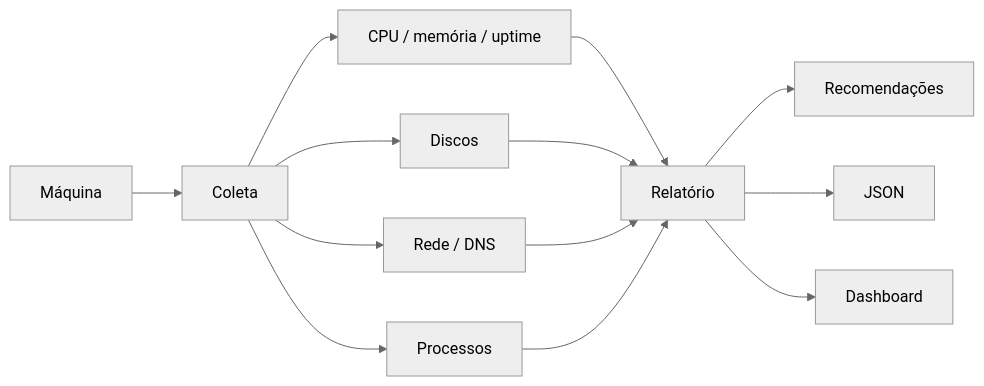
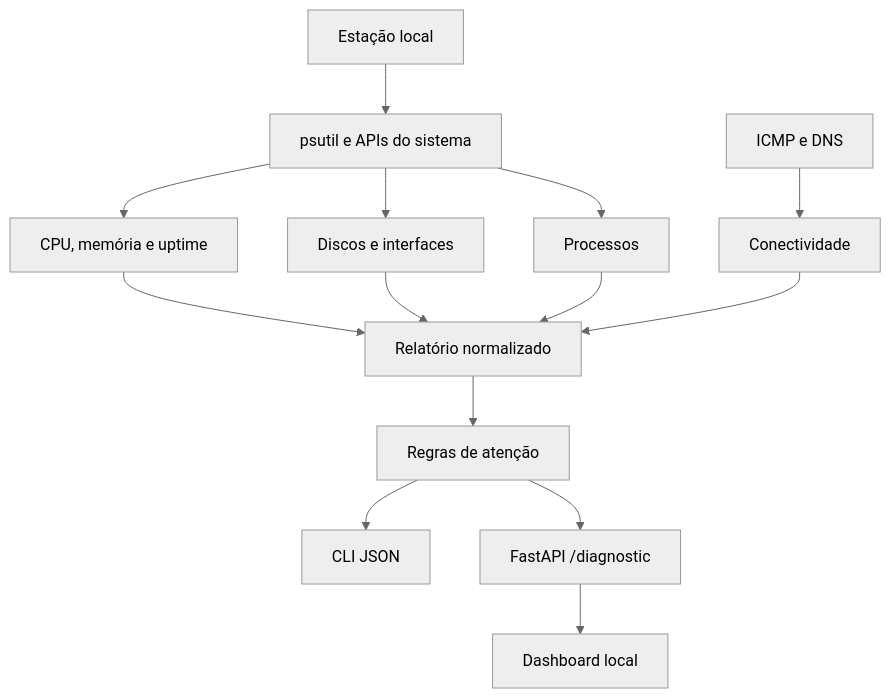
Before and after one commit to Clebin0/it-support-toolkit: the diagram in docs/ARCHITECTURE.md, drawn with Mermaid (neutral theme). The commit also changed other lines of this file, not shown here.

Commit message:
feat: expand read-only support diagnostics

````diff
--- a/docs/ARCHITECTURE.md
+++ b/docs/ARCHITECTURE.md
@@ -5,15 +5,16 @@
 ```mermaid
-flowchart LR
-    A[Máquina] --> B[Coleta]
-    B --> C[CPU / memória / uptime]
-    B --> D[Discos]
-    B --> E[Rede / DNS]
-    B --> F[Processos]
-    C --> G[Relatório]
-    D --> G
-    E --> G
-    F --> G
-    G --> H[Recomendações]
-    G --> I[JSON]
-    G --> J[Dashboard]
+flowchart TD
+    A[Estação local] --> B[psutil e APIs do sistema]
+    B --> C[CPU, memória e uptime]
+    B --> D[Discos e interfaces]
+    B --> E[Processos]
+    F[ICMP e DNS] --> G[Conectividade]
+    C --> H[Relatório normalizado]
+    D --> H
+    E --> H
+    G --> H
+    H --> I[Regras de atenção]
+    I --> J[CLI JSON]
+    I --> K[FastAPI /diagnostic]
+    K --> L[Dashboard local]
 ```
````
